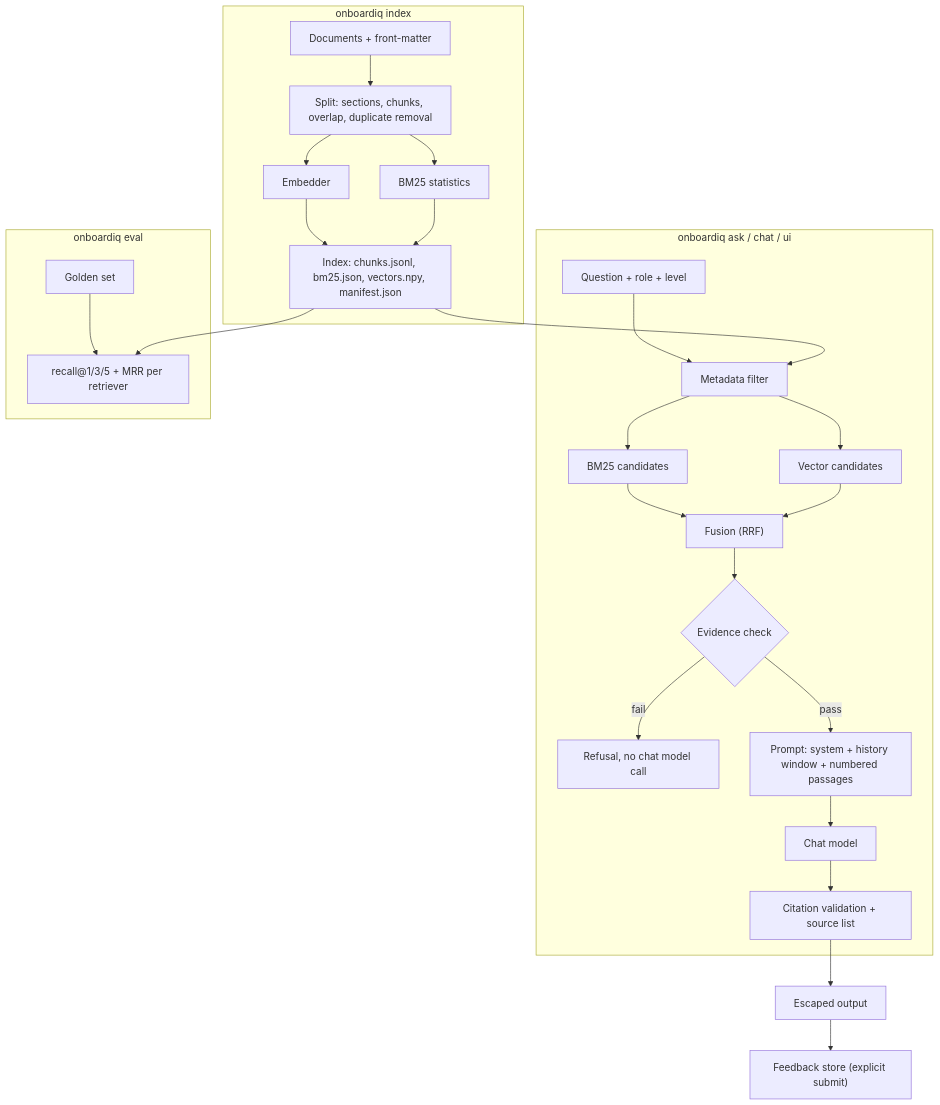
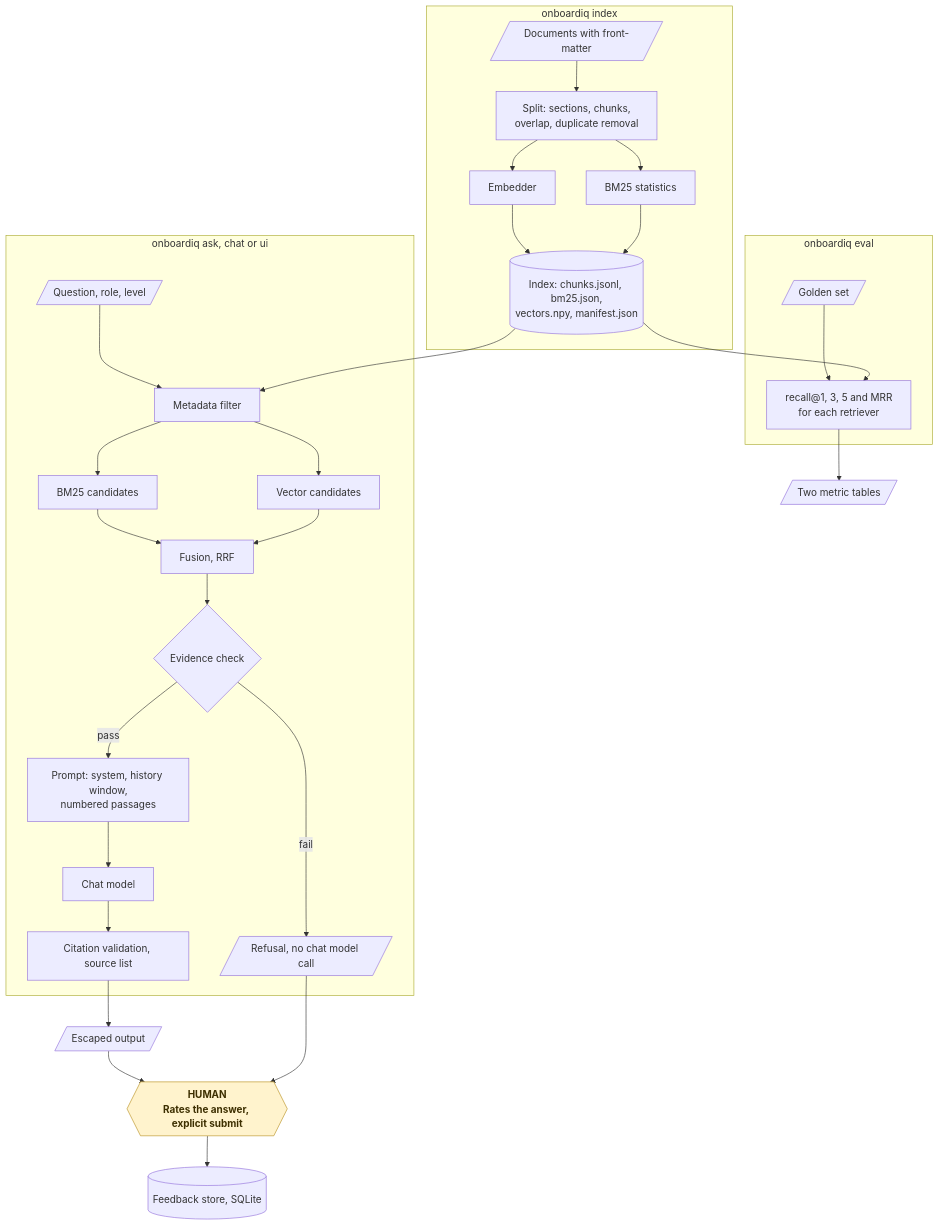
Before and after one commit to KrishnaAnnavaram/onboardiq: the fifth of 24 diagrams in README.md, drawn with Mermaid. The commit also changed other lines of this file, not shown here.

Commit message:
Add the workflow diagrams to the README

````diff
--- a/README.md
+++ b/README.md
@@ -226,29 +266,35 @@
 ```mermaid
-flowchart TB
+flowchart TD
     subgraph build["onboardiq index"]
-        D["Documents + front-matter"] --> S["Split: sections, chunks, overlap, duplicate removal"]
+        D[/"Documents with front-matter"/] --> S["Split: sections, chunks,<br/>overlap, duplicate removal"]
         S --> EMB["Embedder"]
         S --> BM["BM25 statistics"]
-        EMB --> IDX["Index: chunks.jsonl, bm25.json, vectors.npy, manifest.json"]
+        EMB --> IDX[("Index: chunks.jsonl, bm25.json,<br/>vectors.npy, manifest.json")]
         BM --> IDX
     end
-    subgraph answer["onboardiq ask / chat / ui"]
-        Q["Question + role + level"] --> FIL["Metadata filter"]
+    subgraph answer["onboardiq ask, chat or ui"]
+        Q[/"Question, role, level"/] --> FIL["Metadata filter"]
         IDX --> FIL
         FIL --> L["BM25 candidates"]
         FIL --> V["Vector candidates"]
-        L --> RRF["Fusion (RRF)"]
+        L --> RRF["Fusion, RRF"]
         V --> RRF
         RRF --> EV{"Evidence check"}
-        EV -->|"fail"| REF["Refusal, no chat model call"]
-        EV -->|"pass"| P["Prompt: system + history window + numbered passages"]
+        EV -- "fail" --> REF[/"Refusal, no chat model call"/]
+        EV -- "pass" --> P["Prompt: system, history window,<br/>numbered passages"]
         P --> LLM["Chat model"]
-        LLM --> CIT["Citation validation + source list"]
+        LLM --> CIT["Citation validation, source list"]
     end
-    CIT --> UI["Escaped output"]
-    UI --> FBK["Feedback store (explicit submit)"]
+    CIT --> UI[/"Escaped output"/]
+    UI --> HUM{{"HUMAN<br/>Rates the answer, explicit submit"}}
+    REF --> HUM
+    HUM --> FBK[("Feedback store, SQLite")]
     subgraph evaluation["onboardiq eval"]
-        GS["Golden set"] --> M["recall@1/3/5 + MRR per retriever"]
+        GS[/"Golden set"/] --> M["recall@1, 3, 5 and MRR<br/>for each retriever"]
     end
     IDX --> M
+    M --> REP[/"Two metric tables"/]
+
+    classDef human fill:#fff3cd,stroke:#b8901f,color:#3d2f00,font-weight:bold
+    class HUM human
 ```
````
